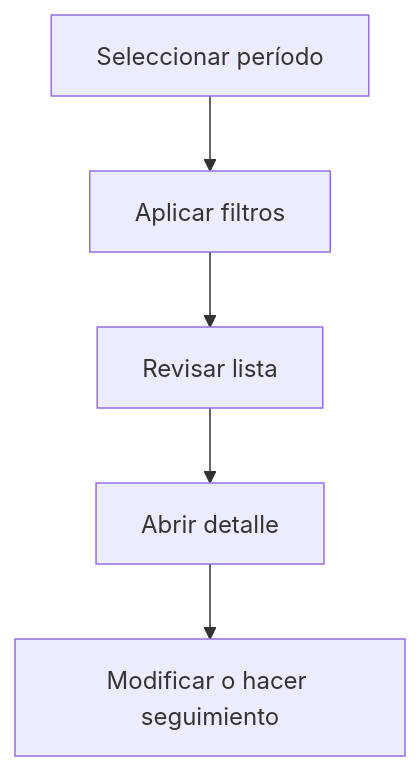
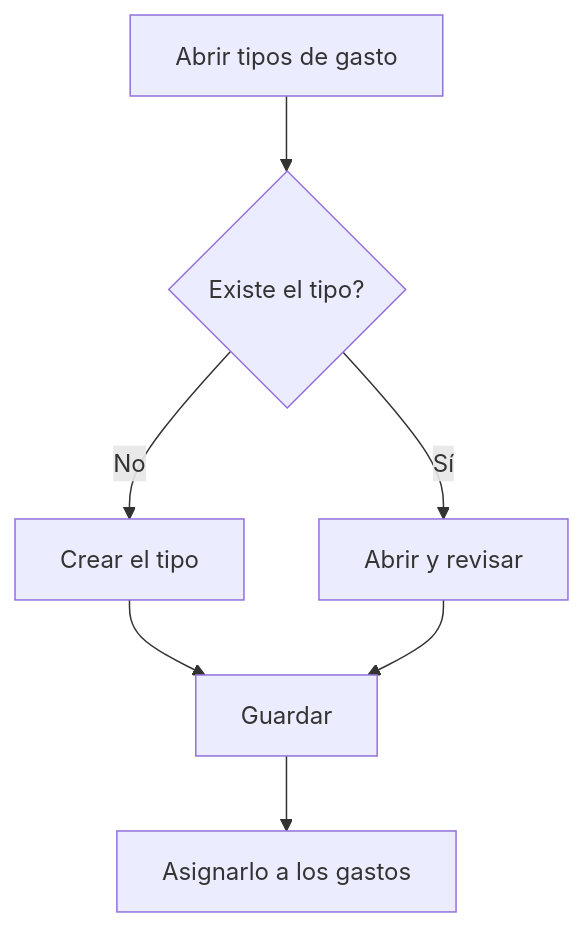
Before and after one commit to MGurtD/lilith: the diagram in frontend/src/help/es/purchase/expensetype/list.md, drawn with Mermaid. The commit also changed other lines of this file and 331 other files, not shown here.

````diff
--- a/frontend/src/help/es/purchase/expensetype/list.md
+++ b/frontend/src/help/es/purchase/expensetype/list.md
@@ -33,7 +34,9 @@
 ```mermaid
 flowchart TD
-    A[Seleccionar período] --> B[Aplicar filtros]
-    B --> C[Revisar lista]
-    C --> D[Abrir detalle]
-    D --> E[Modificar o hacer seguimiento]
+    A[Abrir tipos de gasto] --> B{Existe el tipo?}
+    B -->|No| C[Crear el tipo]
+    B -->|Sí| D[Abrir y revisar]
+    C --> E[Guardar]
+    D --> E
+    E --> F[Asignarlo a los gastos]
 ```
````
